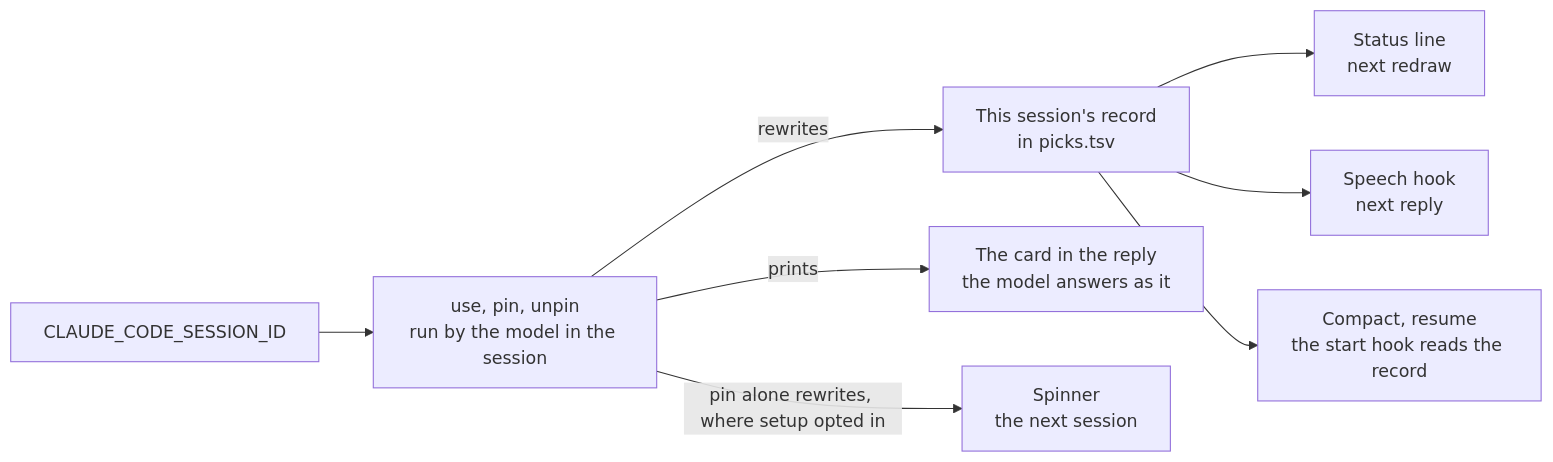
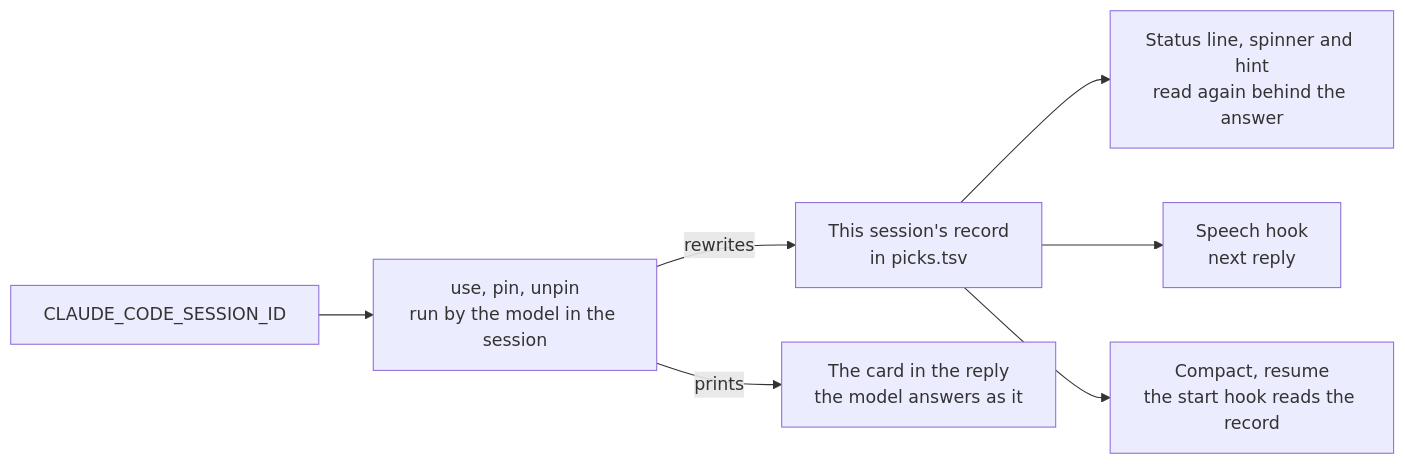
One commit to Esposter/Esposter changed the third of 6 diagrams in apps/web/content/docs/infra/claude-interface/persona-plugin.md. Above: the diagram before and after it, drawn with Mermaid. The commit also changed other lines of this file and 23 other files, not shown here.

````diff
--- a/apps/web/content/docs/infra/claude-interface/persona-plugin.md
+++ b/apps/web/content/docs/infra/claude-interface/persona-plugin.md
@@ -123,19 +123,17 @@
 ```mermaid
 flowchart LR
     Verb["use, pin, unpin<br/>run by the model in the session"]
     Env["CLAUDE_CODE_SESSION_ID"]
     Record["This session's record<br/>in picks.tsv"]
     Reply["The card in the reply<br/>the model answers as it"]
-    Line["Status line<br/>next redraw"]
+    Line["Status line, spinner and hint<br/>read again behind the answer"]
     Speech["Speech hook<br/>next reply"]
-    Spinner["Spinner<br/>the next session"]
     Restart["Compact, resume<br/>the start hook reads the record"]
 
     Env --> Verb
     Verb -->|rewrites| Record
     Verb -->|prints| Reply
     Record --> Line
     Record --> Speech
     Record --> Restart
-    Verb -->|pin alone rewrites, where setup opted in| Spinner
 ```
````
